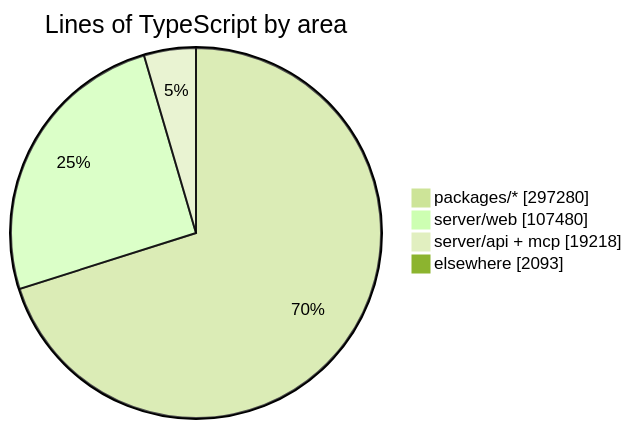
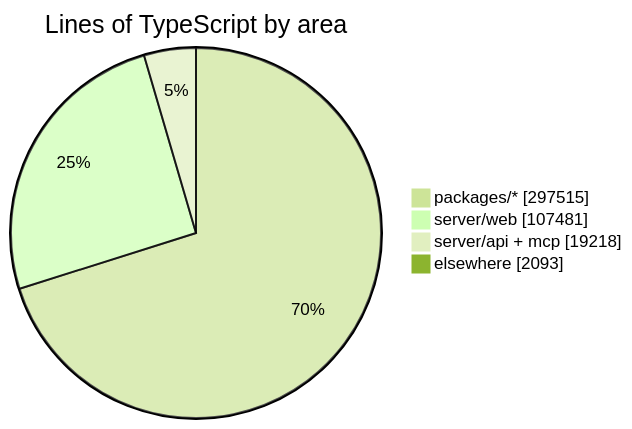
One commit to crossworks-engineering/mantle changed the diagram in README.md. Above: the diagram before and after it, drawn with Mermaid (forest theme). The commit also changed other lines of this file and 2 other files, not shown here.

````diff
--- a/README.md
+++ b/README.md
@@ -294,7 +294,7 @@
 ```mermaid
 pie showData title Lines of TypeScript by area
-    "packages/*" : 297280
-    "server/web" : 107480
+    "packages/*" : 297515
+    "server/web" : 107481
     "server/api + mcp" : 19218
     "elsewhere" : 2093
 ```
````
